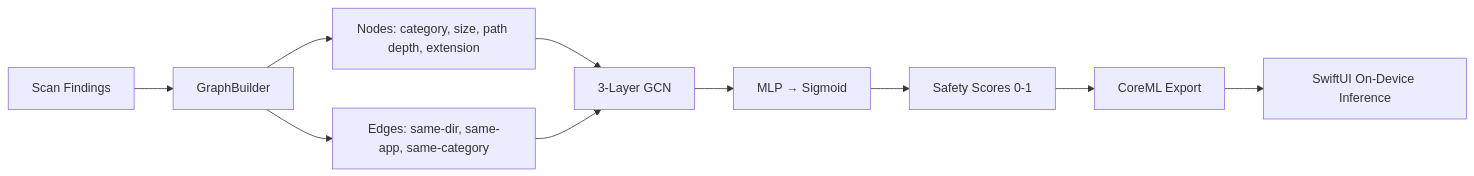
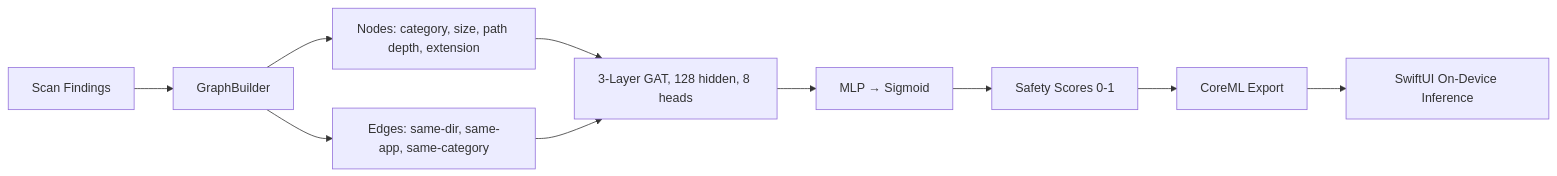
One commit to davidnichols-ops/X-MaC changed the seventh of 9 diagrams in docs/ARCHITECTURE.md. Above: the diagram before and after it, drawn with Mermaid. The commit also changed other lines of this file and 3 other files, not shown here.

````diff
--- a/docs/ARCHITECTURE.md
+++ b/docs/ARCHITECTURE.md
@@ -201,12 +205,12 @@
 ```mermaid
 graph LR
     Findings[Scan Findings] --> Graph[GraphBuilder]
     Graph --> Nodes[Nodes: category, size, path depth, extension]
     Graph --> Edges[Edges: same-dir, same-app, same-category]
-    Nodes --> GCN[3-Layer GCN]
-    Edges --> GCN
-    GCN --> MLP[MLP → Sigmoid]
+    Nodes --> GAT[3-Layer GAT, 128 hidden, 8 heads]
+    Edges --> GAT
+    GAT --> MLP[MLP → Sigmoid]
     MLP --> Scores[Safety Scores 0-1]
     Scores --> CoreML[CoreML Export]
     CoreML --> GUI[SwiftUI On-Device Inference]
 ```
````
